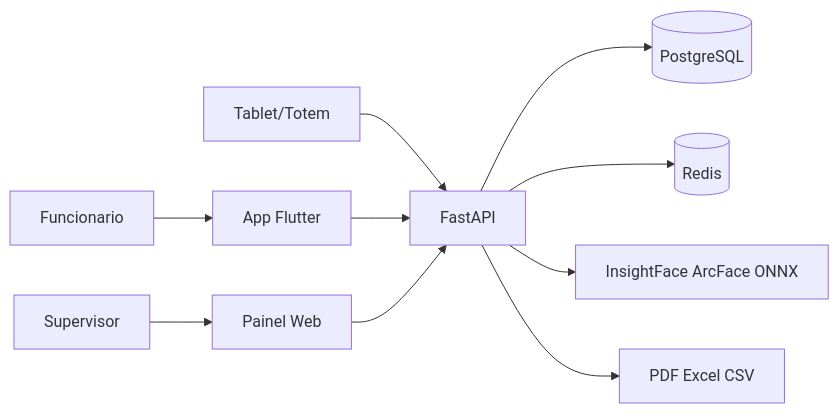
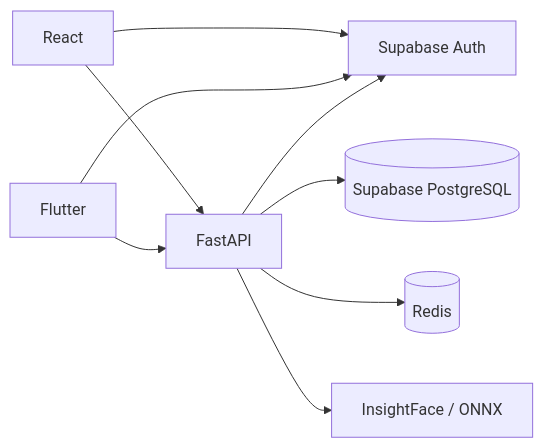
The first of 2 diagrams in docs/diagrams.md (Projeto-Feira-Maluf-2026/projeto-novo-ponto-facial), drawn with Mermaid before and after one commit. The commit also changed other lines of this file and 63 other files, not shown here.

````diff
--- a/docs/diagrams.md
+++ b/docs/diagrams.md
@@ -5,12 +3,11 @@
 ```mermaid
 flowchart LR
-  Funcionario[Funcionario] --> Mobile[App Flutter]
-  Supervisor[Supervisor] --> Web[Painel Web]
-  Tablet[Tablet/Totem] --> API[FastAPI]
+  Web[React] --> Auth[Supabase Auth]
+  Web --> API[FastAPI]
+  Mobile[Flutter] --> Auth
   Mobile --> API
-  Web --> API
-  API --> PG[(PostgreSQL)]
+  API --> Auth
+  API --> DB[(Supabase PostgreSQL)]
   API --> Redis[(Redis)]
-  API --> AI[InsightFace ArcFace ONNX]
-  API --> Reports[PDF Excel CSV]
+  API --> AI[InsightFace / ONNX]
 ```
````
